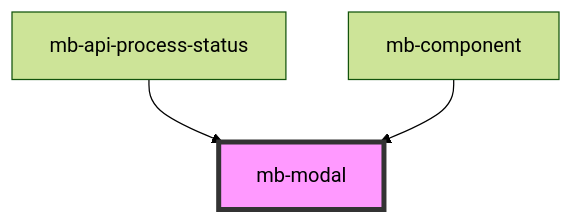
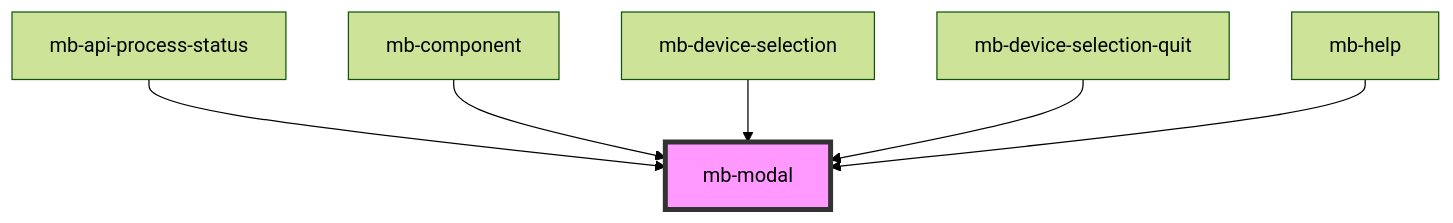
Before and after one commit to BlinkID/blinkid-in-browser: the diagram in ui/docs/components/shared/mb-modal/readme.md, drawn with Mermaid (forest theme). The commit also changed other lines of this file and 148 other files, not shown here.

````diff
--- a/ui/docs/components/shared/mb-modal/readme.md
+++ b/ui/docs/components/shared/mb-modal/readme.md
@@ -45,6 +49,9 @@
 ```mermaid
 graph TD;
   mb-api-process-status --> mb-modal
   mb-component --> mb-modal
+  mb-device-selection --> mb-modal
+  mb-device-selection-quit --> mb-modal
+  mb-help --> mb-modal
   style mb-modal fill:#f9f,stroke:#333,stroke-width:4px
 ```
````
